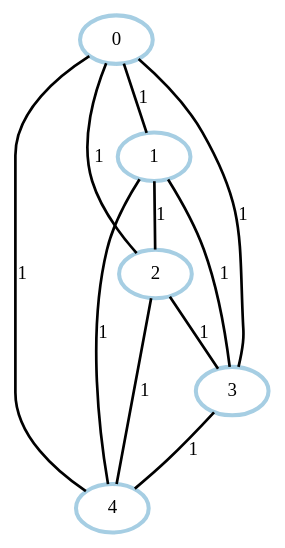
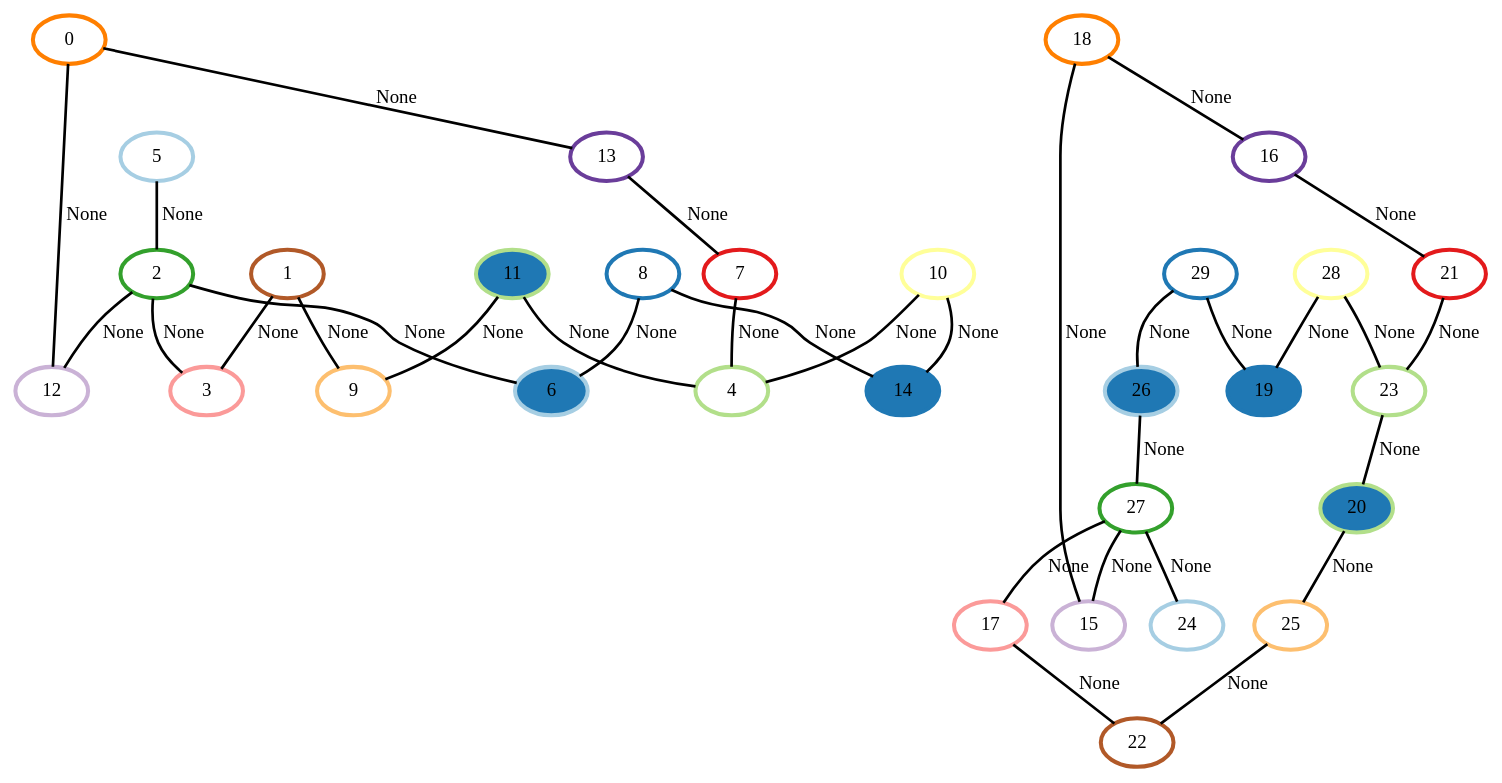
One commit to ManuelWackerle/GraphTheory changed the diagram in Graphs/dotgraph.dot. Above: the diagram before and after it, drawn with Graphviz. The commit also changed 4 other files, not shown here.

```diff
--- a/Graphs/dotgraph.dot
+++ b/Graphs/dotgraph.dot
@@ -1,18 +1,65 @@
 graph G {
-    0 [penwidth=3,label="0",color=1, colorscheme=paired12]
-    1 [penwidth=3,label="1",color=1, colorscheme=paired12]
-    2 [penwidth=3,label="2",color=1, colorscheme=paired12]
-    3 [penwidth=3,label="3",color=1, colorscheme=paired12]
-    4 [penwidth=3,label="4",color=1, colorscheme=paired12]
+    0 [penwidth=3,label="0",color=8, colorscheme=paired12]
+    1 [penwidth=3,label="1",color=12, colorscheme=paired12]
+    2 [penwidth=3,label="2",color=4, colorscheme=paired12]
+    3 [penwidth=3,label="3",color=5, colorscheme=paired12]
+    4 [penwidth=3,label="4",color=3, colorscheme=paired12]
+    5 [penwidth=3,label="5",color=1, colorscheme=paired12]
+    6 [penwidth=3,label="6",color=1, colorscheme=paired12,style=filled,fillcolor=2]
+    7 [penwidth=3,label="7",color=6, colorscheme=paired12]
+    8 [penwidth=3,label="8",color=2, colorscheme=paired12]
+    9 [penwidth=3,label="9",color=7, colorscheme=paired12]
+    10 [penwidth=3,label="10",color=11, colorscheme=paired12]
+    11 [penwidth=3,label="11",color=3, colorscheme=paired12,style=filled,fillcolor=2]
+    12 [penwidth=3,label="12",color=9, colorscheme=paired12]
+    13 [penwidth=3,label="13",color=10, colorscheme=paired12]
+    14 [penwidth=3,label="14",color=2, colorscheme=paired12,style=filled,fillcolor=2]
+    15 [penwidth=3,label="15",color=9, colorscheme=paired12]
+    16 [penwidth=3,label="16",color=10, colorscheme=paired12]
+    17 [penwidth=3,label="17",color=5, colorscheme=paired12]
+    18 [penwidth=3,label="18",color=8, colorscheme=paired12]
+    19 [penwidth=3,label="19",color=2, colorscheme=paired12,style=filled,fillcolor=2]
+    20 [penwidth=3,label="20",color=3, colorscheme=paired12,style=filled,fillcolor=2]
+    21 [penwidth=3,label="21",color=6, colorscheme=paired12]
+    22 [penwidth=3,label="22",color=12, colorscheme=paired12]
+    23 [penwidth=3,label="23",color=3, colorscheme=paired12]
+    24 [penwidth=3,label="24",color=1, colorscheme=paired12]
+    25 [penwidth=3,label="25",color=7, colorscheme=paired12]
+    26 [penwidth=3,label="26",color=1, colorscheme=paired12,style=filled,fillcolor=2]
+    27 [penwidth=3,label="27",color=4, colorscheme=paired12]
+    28 [penwidth=3,label="28",color=11, colorscheme=paired12]
+    29 [penwidth=3,label="29",color=2, colorscheme=paired12]
 
-    0--1 [penwidth=2,label="1"]
-    0--2 [penwidth=2,label="1"]
-    0--3 [penwidth=2,label="1"]
-    0--4 [penwidth=2,label="1"]
-    1--2 [penwidth=2,label="1"]
-    1--3 [penwidth=2,label="1"]
-    1--4 [penwidth=2,label="1"]
-    2--3 [penwidth=2,label="1"]
-    2--4 [penwidth=2,label="1"]
-    3--4 [penwidth=2,label="1"]
+    1--3 [penwidth=2,label="None"]
+    0--13 [penwidth=2,label="None"]
+    11--4 [penwidth=2,label="None"]
+    2--3 [penwidth=2,label="None"]
+    10--4 [penwidth=2,label="None"]
+    5--2 [penwidth=2,label="None"]
+    1--9 [penwidth=2,label="None"]
+    8--14 [penwidth=2,label="None"]
+    2--6 [penwidth=2,label="None"]
+    0--12 [penwidth=2,label="None"]
+    10--14 [penwidth=2,label="None"]
+    8--6 [penwidth=2,label="None"]
+    7--4 [penwidth=2,label="None"]
+    13--7 [penwidth=2,label="None"]
+    11--9 [penwidth=2,label="None"]
+    2--12 [penwidth=2,label="None"]
+    18--15 [penwidth=2,label="None"]
+    29--26 [penwidth=2,label="None"]
+    29--19 [penwidth=2,label="None"]
+    25--22 [penwidth=2,label="None"]
+    28--23 [penwidth=2,label="None"]
+    26--27 [penwidth=2,label="None"]
+    18--16 [penwidth=2,label="None"]
+    16--21 [penwidth=2,label="None"]
+    28--19 [penwidth=2,label="None"]
+    20--25 [penwidth=2,label="None"]
+    27--24 [penwidth=2,label="None"]
+    27--17 [penwidth=2,label="None"]
+    23--20 [penwidth=2,label="None"]
+    27--15 [penwidth=2,label="None"]
+    17--22 [penwidth=2,label="None"]
+    21--23 [penwidth=2,label="None"]
 }
```
